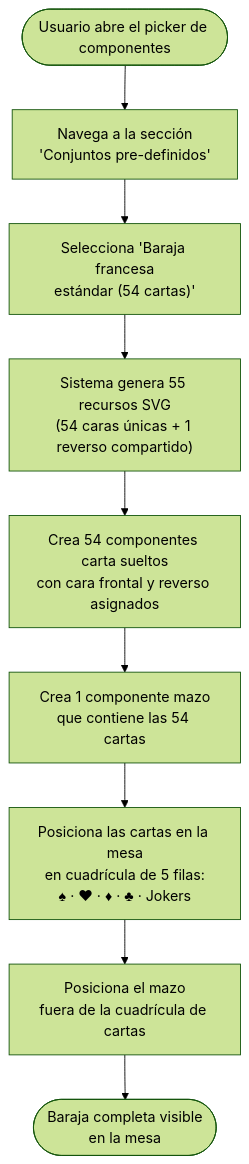
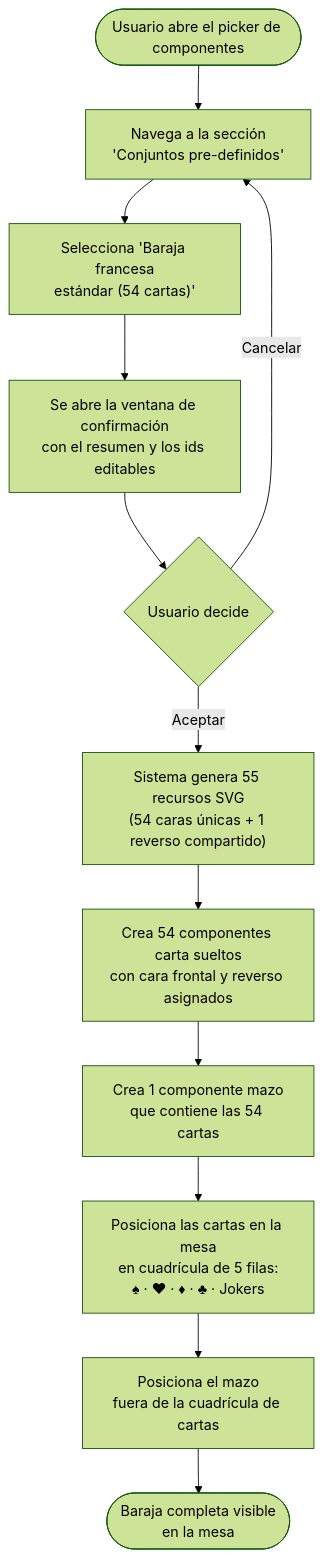
The first of 2 diagrams in previo-sdd/design/docs/features/002-alta-edicion-borrado-de-componentes-con-modal-de-tabs.md (yeyopepe/bgfactory), drawn with Mermaid (forest theme) before and after one commit. The commit also changed other lines of this file and 33 other files, not shown here.

````diff
--- a/previo-sdd/design/docs/features/002-alta-edicion-borrado-de-componentes-con-modal-de-tabs.md
+++ b/previo-sdd/design/docs/features/002-alta-edicion-borrado-de-componentes-con-modal-de-tabs.md
@@ -13,11 +20,14 @@
 ```mermaid
 flowchart TD
     A([Usuario abre el picker de componentes]) --> B["Navega a la sección\n'Conjuntos pre-definidos'"]
     B --> C["Selecciona 'Baraja francesa\nestándar (54 cartas)'"]
-    C --> D["Sistema genera 55 recursos SVG\n(54 caras únicas + 1 reverso compartido)"]
+    C --> C2["Se abre la ventana de confirmación\ncon el resumen y los ids editables"]
+    C2 --> C3{"Usuario decide"}
+    C3 -->|Cancelar| B
+    C3 -->|Aceptar| D["Sistema genera 55 recursos SVG\n(54 caras únicas + 1 reverso compartido)"]
     D --> E["Crea 54 componentes carta sueltos\ncon cara frontal y reverso asignados"]
     E --> F["Crea 1 componente mazo\nque contiene las 54 cartas"]
     F --> G["Posiciona las cartas en la mesa\nen cuadrícula de 5 filas:\n♠ · ♥ · ♦ · ♣ · Jokers"]
     G --> H["Posiciona el mazo\nfuera de la cuadrícula de cartas"]
     H --> I(["Baraja completa visible\nen la mesa"])
 ```
````
